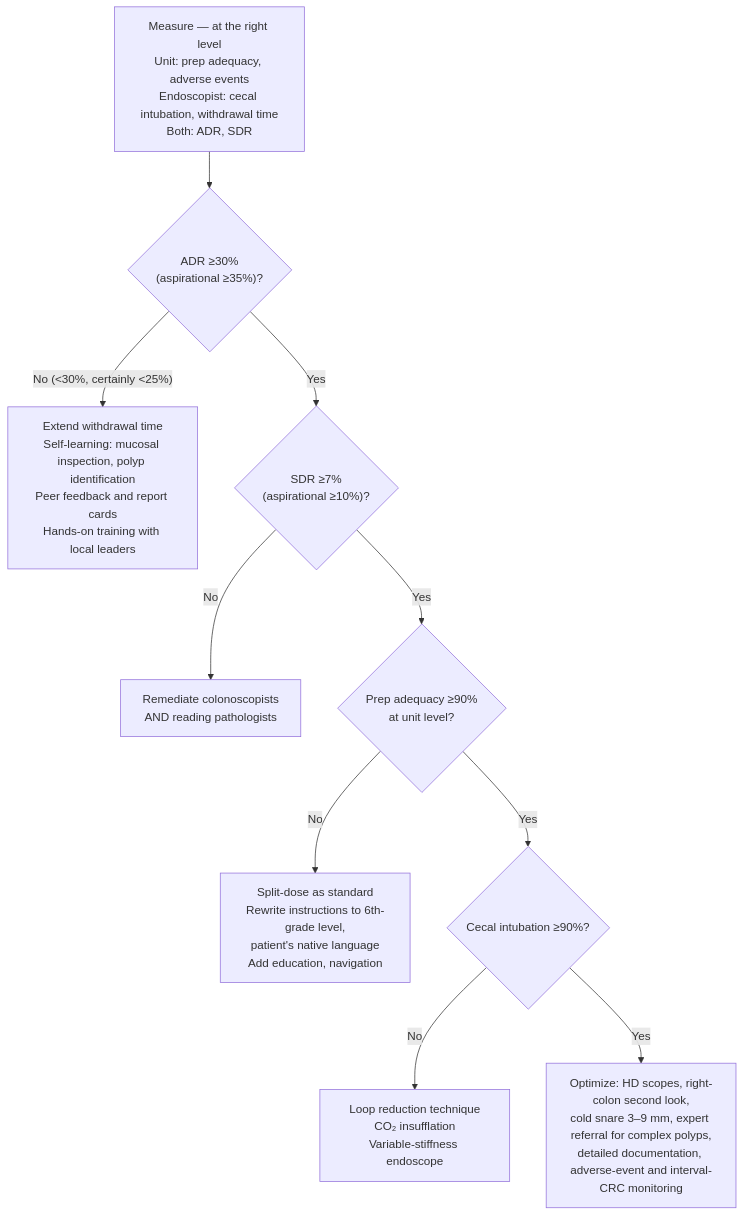
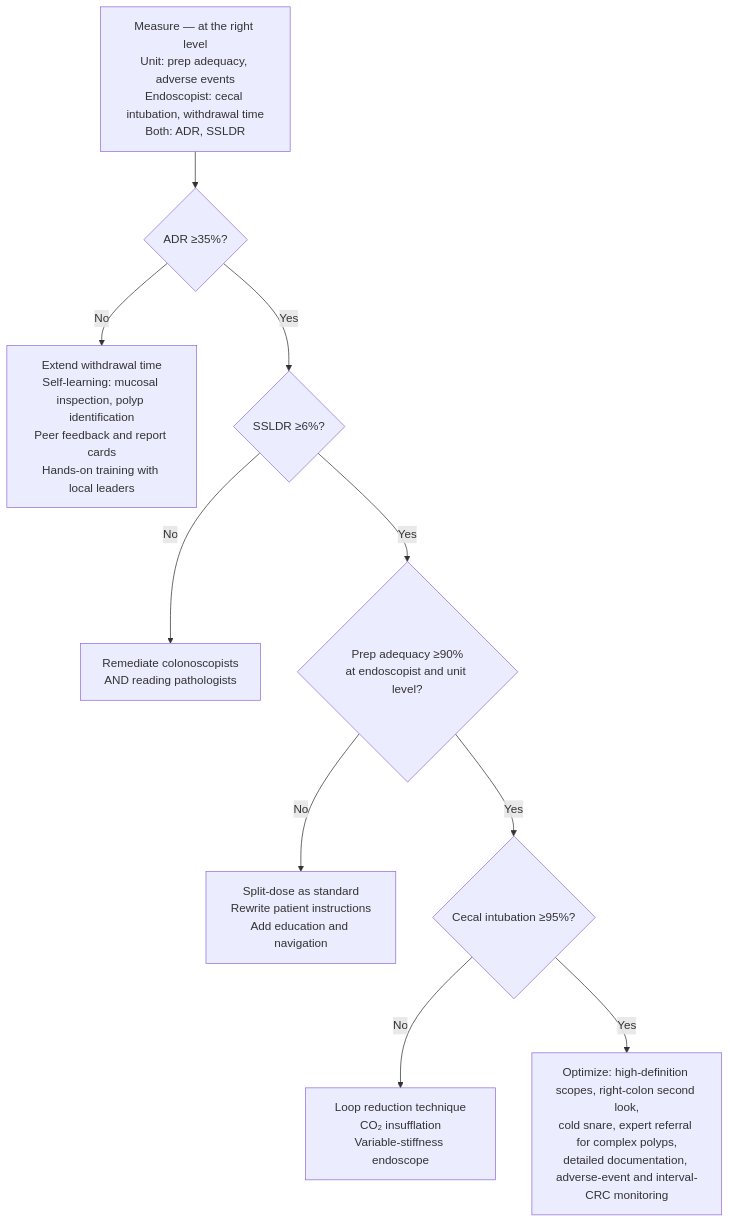
Before and after one commit to KHNickLeMD/KHNL-GI-Wiki: the diagram in KHNL-GI-Wiki/wiki/7-concepts/colonoscopy-quality-indicators.md, drawn with Mermaid. The commit also changed other lines of this file and 24 other files, not shown here.

````diff
--- a/KHNL-GI-Wiki/wiki/7-concepts/colonoscopy-quality-indicators.md
+++ b/KHNL-GI-Wiki/wiki/7-concepts/colonoscopy-quality-indicators.md
@@ -276,12 +238,12 @@
 ```mermaid
 flowchart TD
-    A["Measure — at the right level<br/>Unit: prep adequacy, adverse events<br/>Endoscopist: cecal intubation, withdrawal time<br/>Both: ADR, SDR"] --> B{"ADR ≥30%<br/>(aspirational ≥35%)?"}
-    B -- "No (<30%, certainly <25%)" --> C["Extend withdrawal time<br/>Self-learning: mucosal inspection, polyp identification<br/>Peer feedback and report cards<br/>Hands-on training with local leaders"]
-    B -- "Yes" --> D{"SDR ≥7%<br/>(aspirational ≥10%)?"}
-    D -- "No" --> E["Remediate colonoscopists<br/>AND reading pathologists"]
-    D -- "Yes" --> F{"Prep adequacy ≥90%<br/>at unit level?"}
-    F -- "No" --> G["Split-dose as standard<br/>Rewrite instructions to 6th-grade level,<br/>patient's native language<br/>Add education, navigation"]
-    F -- "Yes" --> H{"Cecal intubation ≥90%?"}
-    H -- "No" --> I["Loop reduction technique<br/>CO₂ insufflation<br/>Variable-stiffness endoscope"]
-    H -- "Yes" --> J["Optimize: HD scopes, right-colon second look,<br/>cold snare 3–9 mm, expert referral for complex polyps,<br/>detailed documentation, adverse-event and interval-CRC monitoring"]
+    A["Measure — at the right level<br/>Unit: prep adequacy, adverse events<br/>Endoscopist: cecal intubation, withdrawal time<br/>Both: ADR, SSLDR"] --> B{"ADR ≥35%?"}
+    B -- No --> C["Extend withdrawal time<br/>Self-learning: mucosal inspection, polyp identification<br/>Peer feedback and report cards<br/>Hands-on training with local leaders"]
+    B -- Yes --> D{"SSLDR ≥6%?"}
+    D -- No --> E["Remediate colonoscopists<br/>AND reading pathologists"]
+    D -- Yes --> F{"Prep adequacy ≥90%<br/>at endoscopist and unit level?"}
+    F -- No --> G["Split-dose as standard<br/>Rewrite patient instructions<br/>Add education and navigation"]
+    F -- Yes --> H{"Cecal intubation ≥95%?"}
+    H -- No --> I["Loop reduction technique<br/>CO₂ insufflation<br/>Variable-stiffness endoscope"]
+    H -- Yes --> J["Optimize: high-definition scopes, right-colon second look,<br/>cold snare, expert referral for complex polyps,<br/>detailed documentation, adverse-event and interval-CRC monitoring"]
 ```
````
